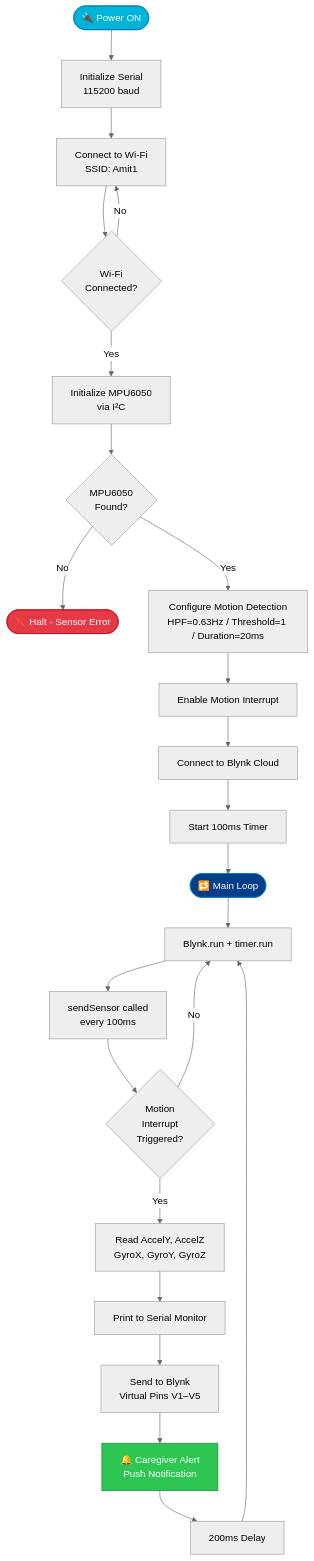
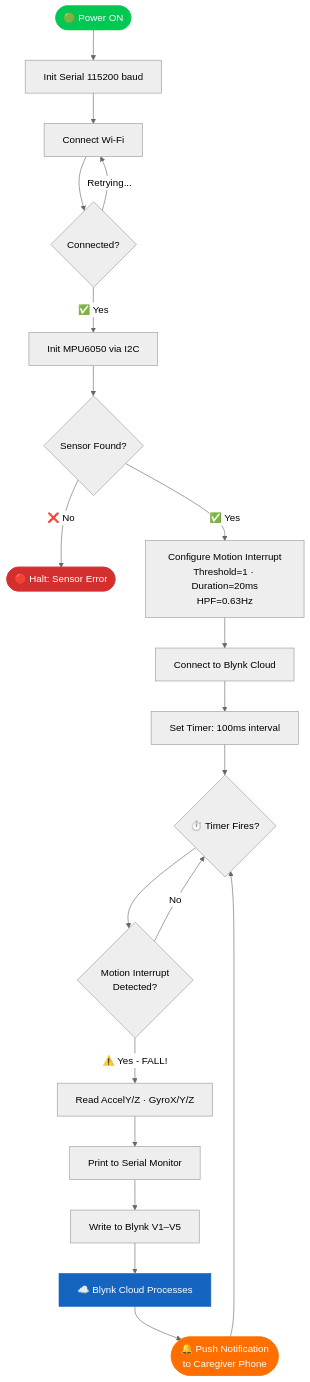
Before and after one commit to Haridharan1412/IOT-Elderly-Fall-Detection-: the second of 2 diagrams in README.md, drawn with Mermaid (neutral theme). The commit also changed other lines of this file, not shown here.

````diff
--- a/README.md
+++ b/README.md
@@ -425,30 +233,27 @@
 ```mermaid
 flowchart TD
-    A([🔌 Power ON]) --> B[Initialize Serial\n115200 baud]
-    B --> C[Connect to Wi-Fi\nSSID: Amit1]
-    C --> D{Wi-Fi\nConnected?}
-    D -- No --> C
-    D -- Yes --> E[Initialize MPU6050\nvia I²C]
-    E --> F{MPU6050\nFound?}
-    F -- No --> G([❌ Halt - Sensor Error])
-    F -- Yes --> H[Configure Motion Detection\nHPF=0.63Hz / Threshold=1 / Duration=20ms]
-    H --> I[Enable Motion Interrupt]
-    I --> J[Connect to Blynk Cloud]
-    J --> K[Start 100ms Timer]
-    K --> L([🔁 Main Loop])
-    L --> M[Blynk.run + timer.run]
-    M --> N[sendSensor called\nevery 100ms]
-    N --> O{Motion\nInterrupt\nTriggered?}
-    O -- No --> M
-    O -- Yes --> P[Read AccelY, AccelZ\nGyroX, GyroY, GyroZ]
-    P --> Q[Print to Serial Monitor]
-    Q --> R[Send to Blynk\nVirtual Pins V1–V5]
-    R --> S[🔔 Caregiver Alert\nPush Notification]
-    S --> T[200ms Delay]
-    T --> M
+    A([🟢 Power ON]) --> B[Init Serial 115200 baud]
+    B --> C[Connect Wi-Fi]
+    C --> D{Connected?}
+    D -->|Retrying...| C
+    D -->|✅ Yes| E[Init MPU6050 via I2C]
+    E --> F{Sensor Found?}
+    F -->|❌ No| G([🔴 Halt: Sensor Error])
+    F -->|✅ Yes| H[Configure Motion Interrupt\nThreshold=1 · Duration=20ms\nHPF=0.63Hz]
+    H --> I[Connect to Blynk Cloud]
+    I --> J[Set Timer: 100ms interval]
+    J --> K{⏱️ Timer Fires?}
+    K --> L{Motion Interrupt\nDetected?}
+    L -->|No| K
+    L -->|⚠️ Yes - FALL!| M[Read AccelY/Z · GyroX/Y/Z]
+    M --> N[Print to Serial Monitor]
+    N --> O[Write to Blynk V1–V5]
+    O --> P[☁️ Blynk Cloud Processes]
+    P --> Q([🔔 Push Notification\nto Caregiver Phone])
+    Q --> K
 
-    style A fill:#00B4D8,stroke:#0077B6,color:#fff
-    style G fill:#e63946,stroke:#c1121f,color:#fff
-    style S fill:#2dc653,stroke:#1a7a32,color:#fff
-    style L fill:#023e8a,stroke:#0077B6,color:#fff
+    style A fill:#00C853,color:#fff,stroke:#00C853
+    style G fill:#D32F2F,color:#fff,stroke:#D32F2F
+    style Q fill:#FF6F00,color:#fff,stroke:#FF6F00
+    style P fill:#1565C0,color:#fff,stroke:#1565C0
 ```
````
